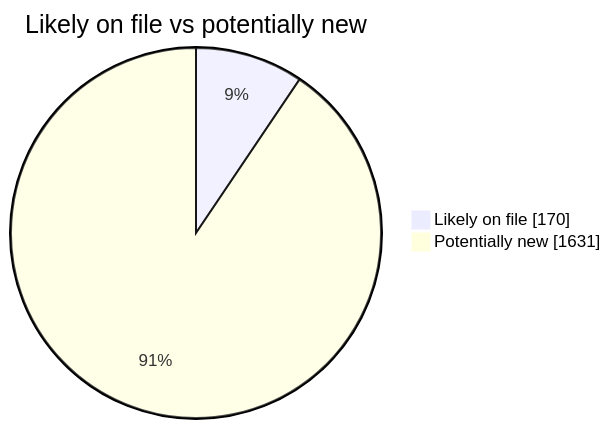
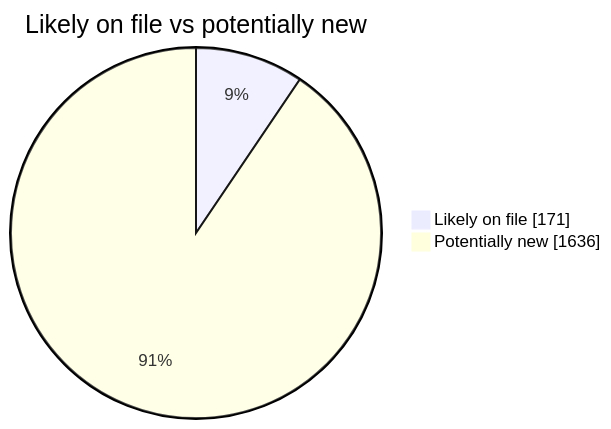
One commit to martinbalfanz/social-scanner-reports changed the second of 4 diagrams in README.md. Above: the diagram before and after it, drawn with Mermaid. The commit also changed other lines of this file and 4 other files, not shown here.

````diff
--- a/README.md
+++ b/README.md
@@ -40,5 +40,5 @@
 ```mermaid
 pie showData title Likely on file vs potentially new
-    "Likely on file" : 170
-    "Potentially new" : 1631
+    "Likely on file" : 171
+    "Potentially new" : 1636
 ```
````
